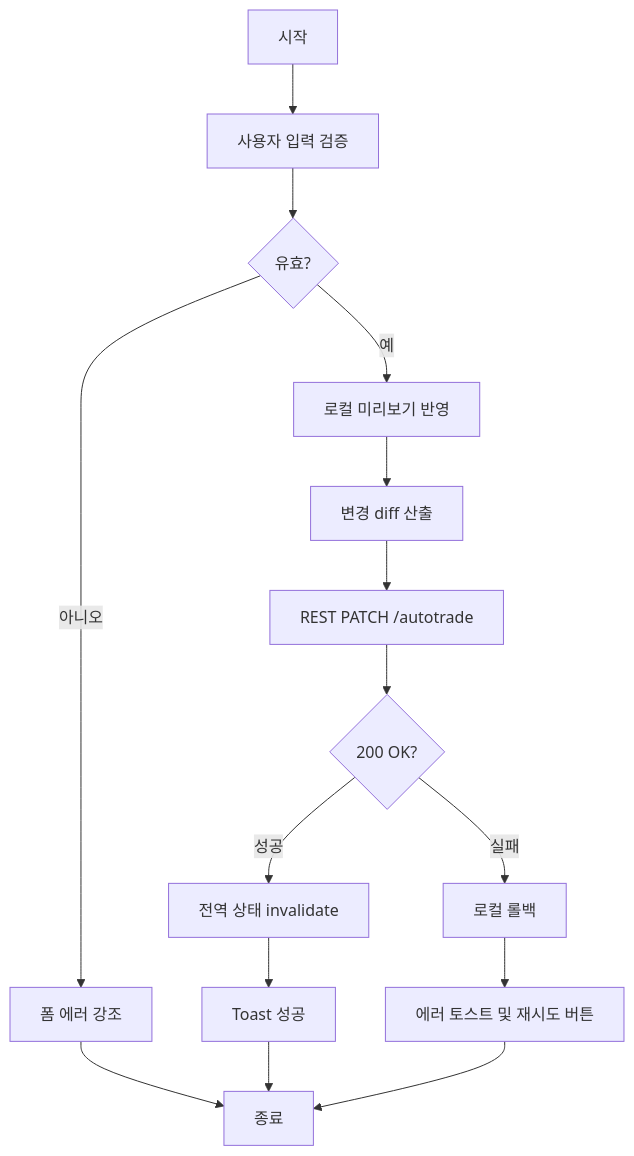
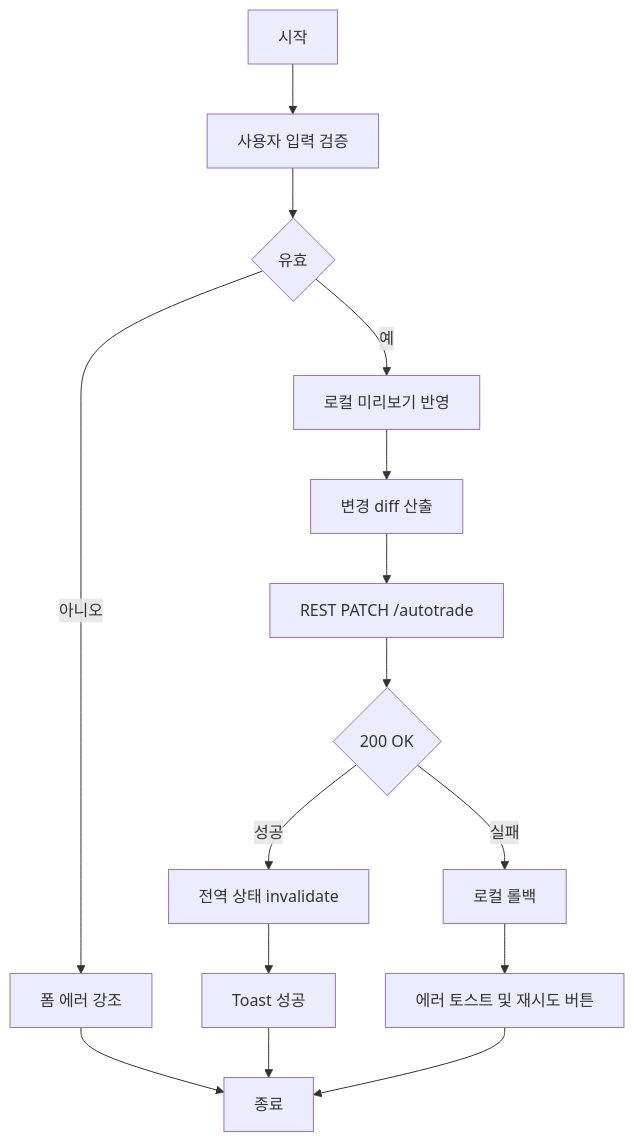
Before and after one commit to SKNETWORKS-FAMILY-AICAMP/SKN12-FINAL-2TEAM: diagram 19 of 31 in FRONTEND_UML_SPECIFICATION.md, drawn with Mermaid. The commit also changed other lines of this file, not shown here.

````diff
--- a/FRONTEND_UML_SPECIFICATION.md
+++ b/FRONTEND_UML_SPECIFICATION.md
@@ -803,17 +803,17 @@
 ```mermaid
 flowchart TD
     A[시작] --> B[사용자 입력 검증]
-    B --> C{유효?}
+    B --> C{유효}
     C -->|예| D[로컬 미리보기 반영]
     C -->|아니오| E[폼 에러 강조]
     D --> F[변경 diff 산출]
     F --> G[REST PATCH /autotrade]
-    G --> H{200 OK?}
+    G --> H{200 OK}
     H -->|성공| I[전역 상태 invalidate]
     H -->|실패| J[로컬 롤백]
     I --> K[Toast 성공]
     J --> L[에러 토스트 및 재시도 버튼]
     E --> M[종료]
     K --> M
     L --> M
 ```
````
